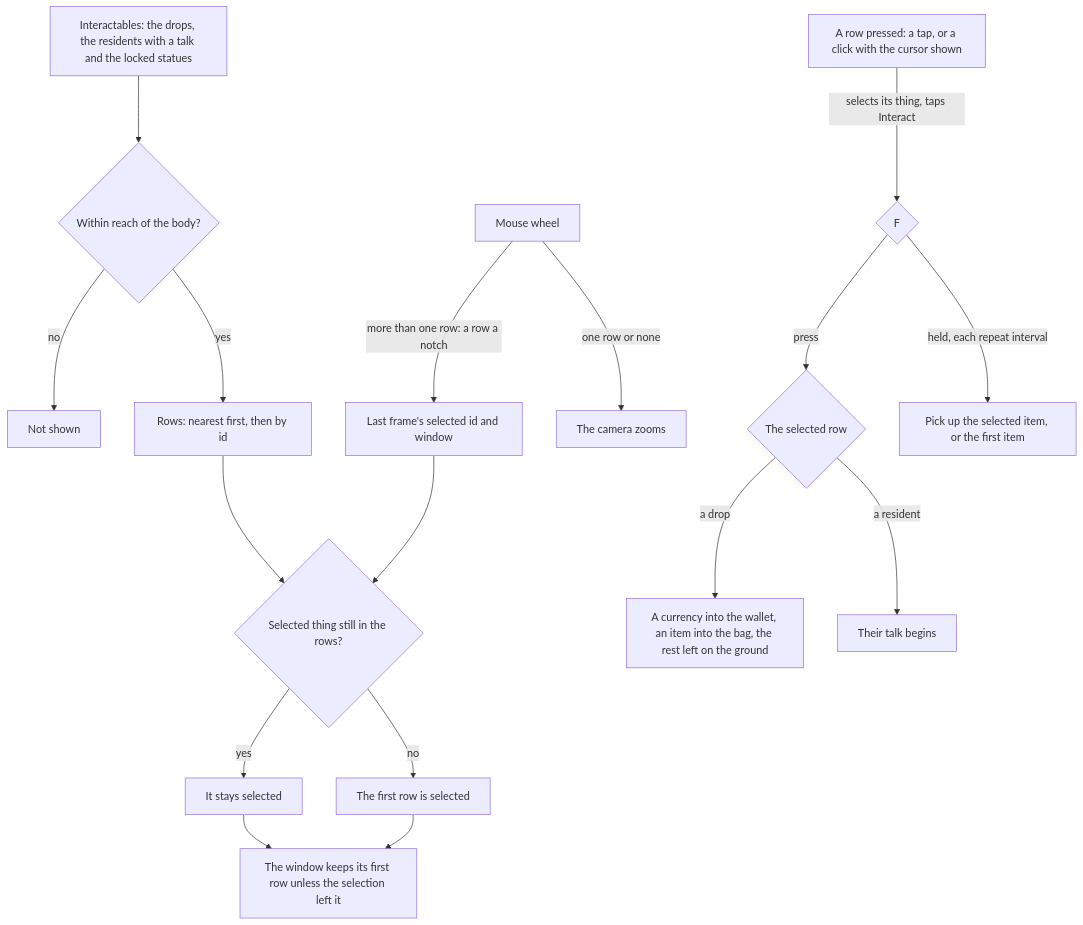
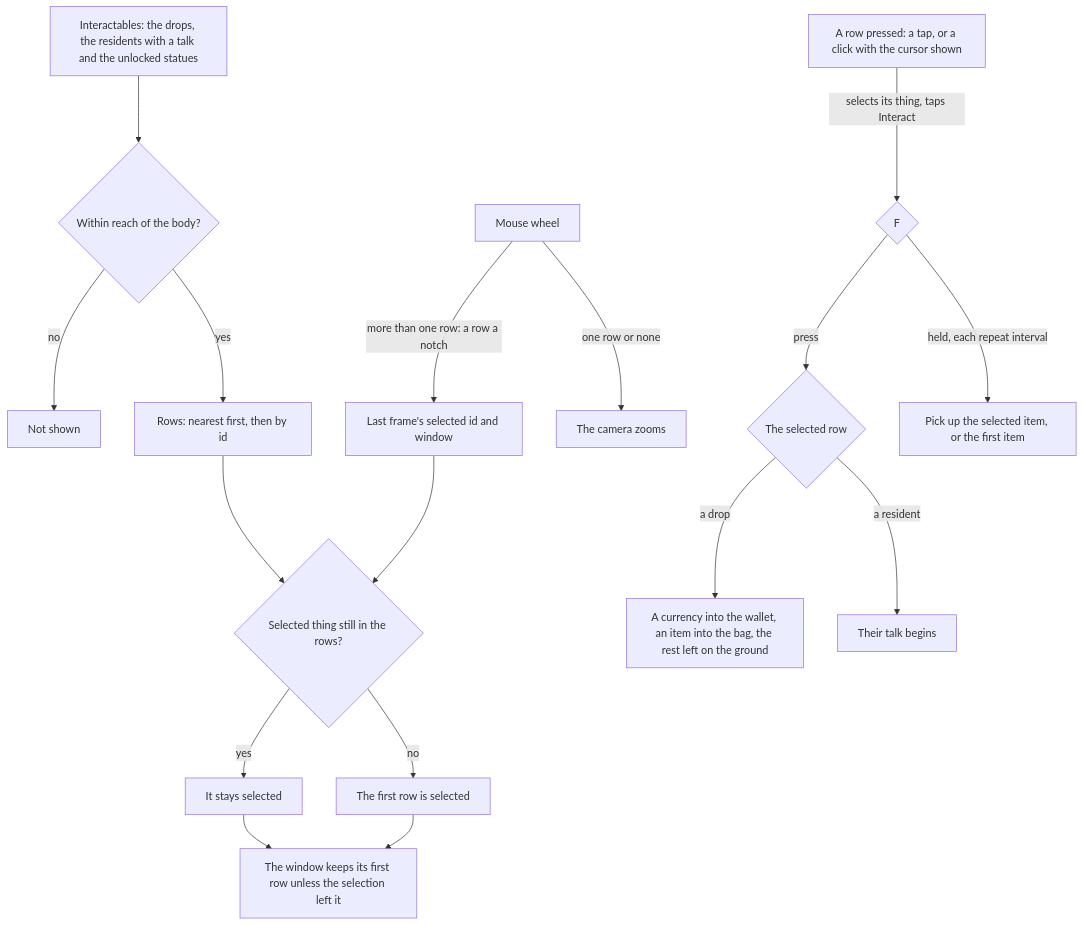
The diagram in openspec/specs/genshin/interaction/design.md (Esposter/Esposter), drawn with Mermaid before and after one commit. The commit also changed other lines of this file, not shown here.

First line of the commit message:
docs(genshin): interaction design lists unlocked statues as the Activate rows

````diff
--- a/openspec/specs/genshin/interaction/design.md
+++ b/openspec/specs/genshin/interaction/design.md
@@ -9,19 +9,19 @@
 ```mermaid
 flowchart TD
-  T["Interactables: the drops, the residents with a talk and the locked statues"] --> R{"Within reach of the body?"}
+  T["Interactables: the drops, the residents with a talk and the unlocked statues"] --> R{"Within reach of the body?"}
   R -->|"no"| X["Not shown"]
   R -->|"yes"| O["Rows: nearest first, then by id"]
   S["Last frame's selected id and window"] --> K{"Selected thing still in the rows?"}
   O --> K
   K -->|"yes"| SEL["It stays selected"]
   K -->|"no"| FIRST["The first row is selected"]
   SEL --> WIN["The window keeps its first row unless the selection left it"]
   FIRST --> WIN
   W["Mouse wheel"] -->|"more than one row: a row a notch"| S
   W -->|"one row or none"| CAM["The camera zooms"]
   F{"F"} -->|"press"| ACT{"The selected row"}
   ACT -->|"a drop"| PICK["A currency into the wallet, an item into the bag, the rest left on the ground"]
   ACT -->|"a resident"| TALK["Their talk begins"]
   F -->|"held, each repeat interval"| REP["Pick up the selected item, or the first item"]
   P["A row pressed: a tap, or a click with the cursor shown"] -->|"selects its thing, taps Interact"| F
 ```
````
